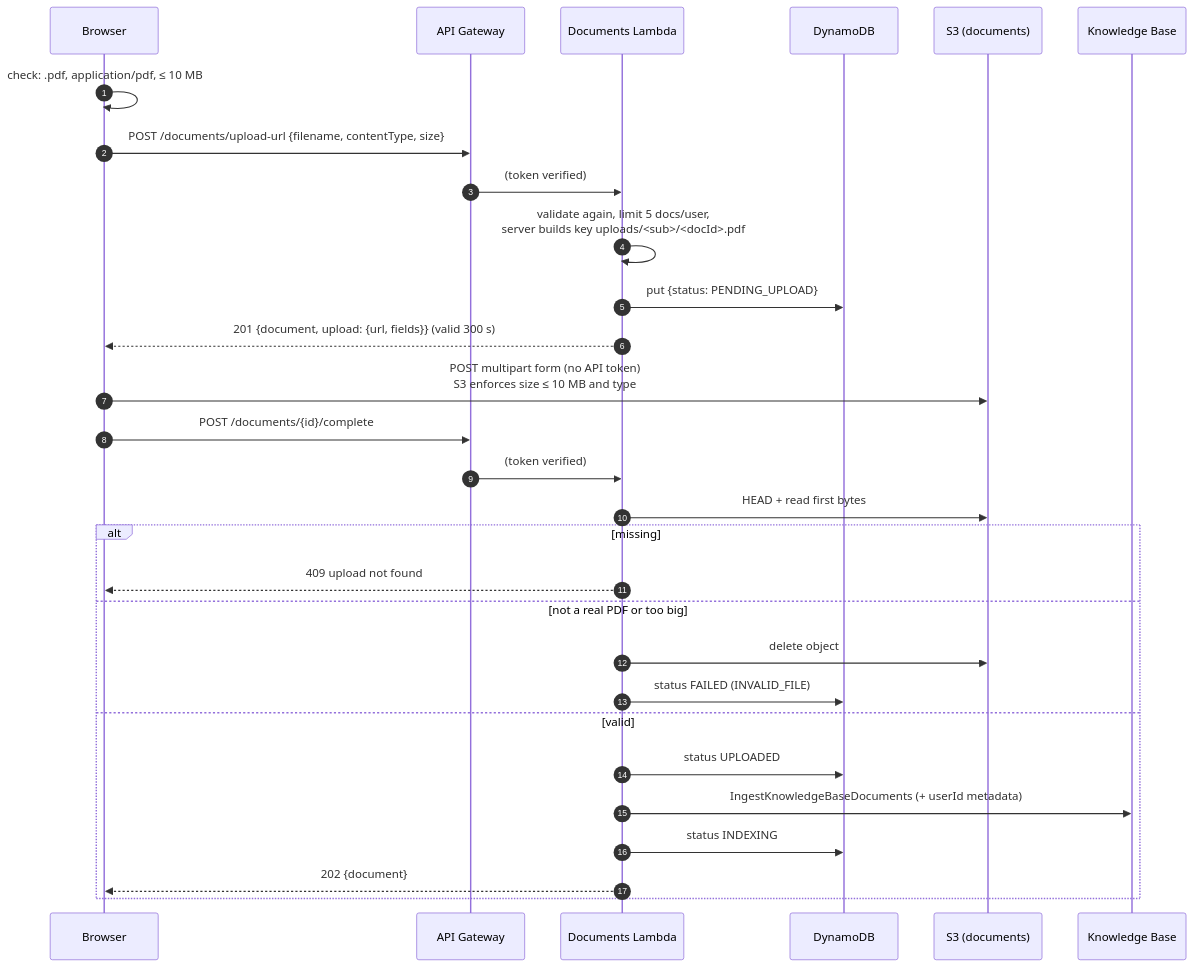
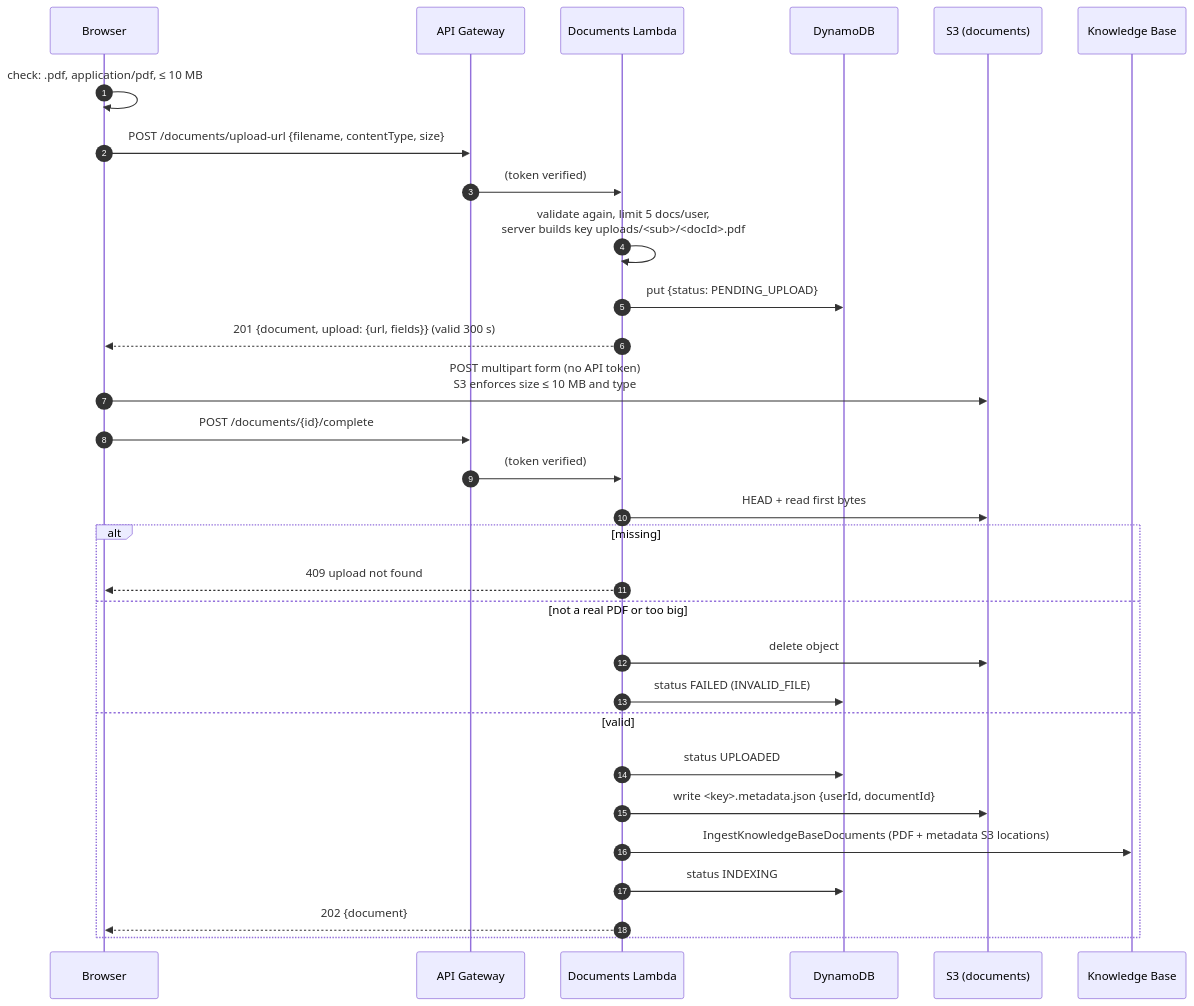
Before and after one commit to vuongnguyen-se/docs-communicator: the fourth of 7 diagrams in docs/HOW_IT_WORKS.md, drawn with Mermaid. The commit also changed other lines of this file and 3 other files, not shown here.

First line of the commit message:
Phase 0 complete: Knowledge Base spike proves S3 Vectors RAG in Singapore

````diff
--- a/docs/HOW_IT_WORKS.md
+++ b/docs/HOW_IT_WORKS.md
@@ -174,31 +174,32 @@
 ```mermaid
 sequenceDiagram
     autonumber
     participant B as Browser
     participant GW as API Gateway
     participant D as Documents Lambda
     participant DB as DynamoDB
     participant S3 as S3 (documents)
     participant KB as Knowledge Base
     B->>B: check: .pdf, application/pdf, ≤ 10 MB
     B->>GW: POST /documents/upload-url {filename, contentType, size}
     GW->>D: (token verified)
     D->>D: validate again, limit 5 docs/user,<br/>server builds key uploads/<sub>/<docId>.pdf
     D->>DB: put {status: PENDING_UPLOAD}
     D-->>B: 201 {document, upload: {url, fields}} (valid 300 s)
     B->>S3: POST multipart form (no API token)<br/>S3 enforces size ≤ 10 MB and type
     B->>GW: POST /documents/{id}/complete
     GW->>D: (token verified)
     D->>S3: HEAD + read first bytes
     alt missing
         D-->>B: 409 upload not found
     else not a real PDF or too big
         D->>S3: delete object
         D->>DB: status FAILED (INVALID_FILE)
     else valid
         D->>DB: status UPLOADED
-        D->>KB: IngestKnowledgeBaseDocuments (+ userId metadata)
+        D->>S3: write <key>.metadata.json {userId, documentId}
+        D->>KB: IngestKnowledgeBaseDocuments (PDF + metadata S3 locations)
         D->>DB: status INDEXING
         D-->>B: 202 {document}
     end
 ```
````
